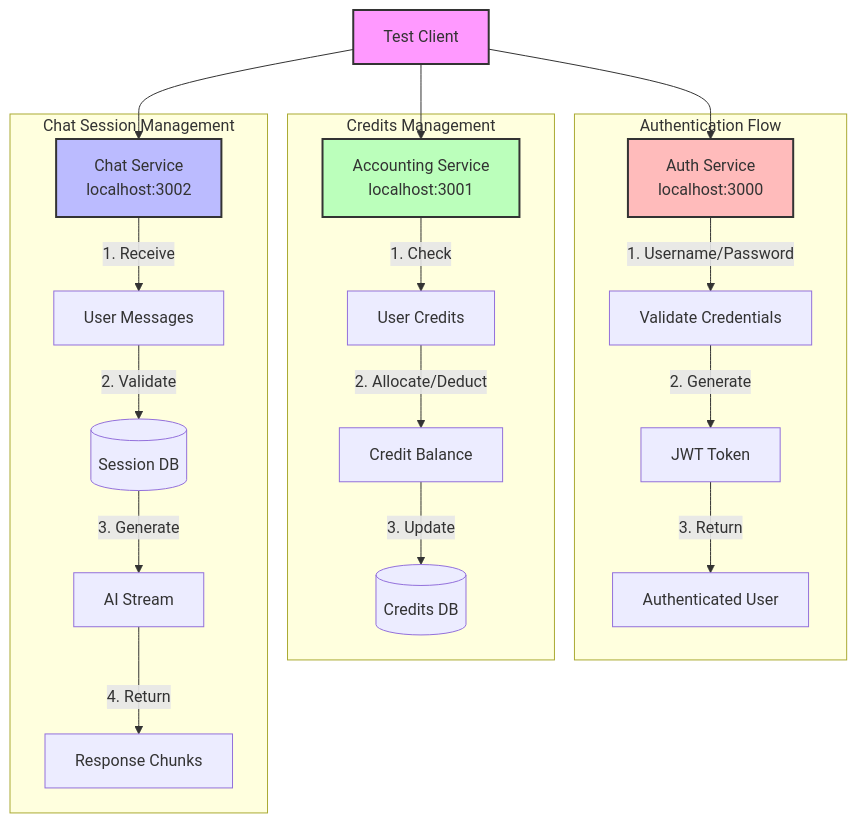
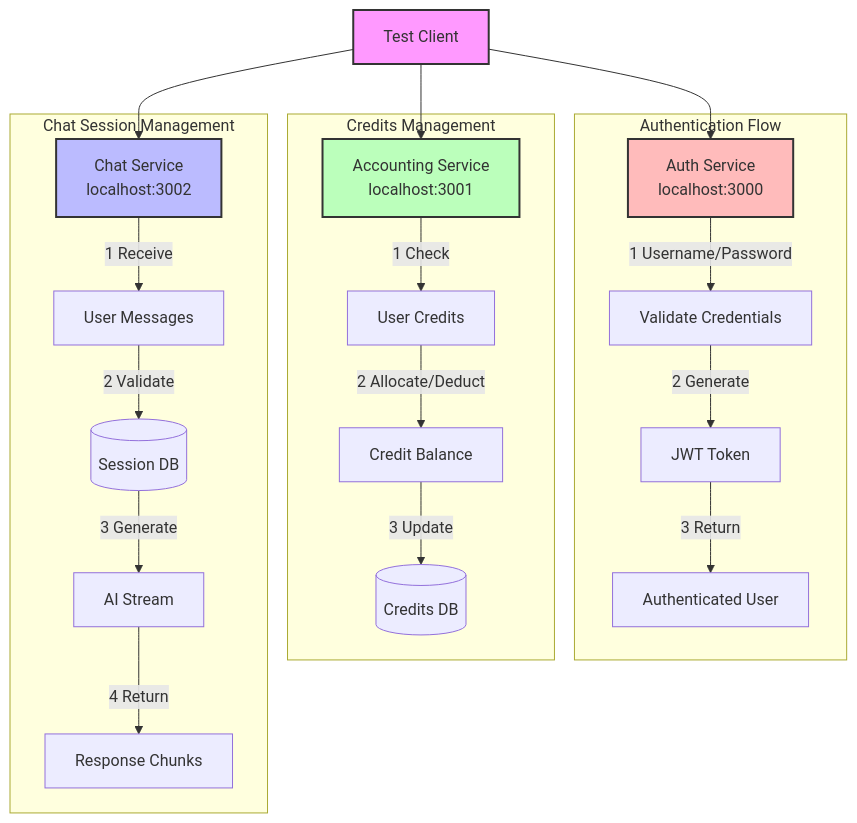
The first of 11 diagrams in services/chat-service/tests/test_streaming_session_id.md (enoch-sit/tool-chatbot-boilerplate), drawn with Mermaid before and after one commit. The commit also changed 12 other files, not shown here.

````diff
--- a/services/chat-service/tests/test_streaming_session_id.md
+++ b/services/chat-service/tests/test_streaming_session_id.md
@@ -15,30 +15,30 @@
 ```mermaid
 graph TD
     Client[Test Client] --> AuthSvc["Auth Service<br>localhost:3000"]
     Client --> AcctSvc["Accounting Service<br>localhost:3001"]
     Client --> ChatSvc["Chat Service<br>localhost:3002"]
     
     subgraph "Authentication Flow"
-        AuthSvc --> |"1. Username/Password"|Validate[Validate Credentials]
-        Validate --> |"2. Generate"|Token[JWT Token]
-        Token --> |"3. Return"|User[Authenticated User]
+        AuthSvc --> |"1 Username/Password"|Validate[Validate Credentials]
+        Validate --> |"2 Generate"|Token[JWT Token]
+        Token --> |"3 Return"|User[Authenticated User]
     end
     
     subgraph "Credits Management"
-        AcctSvc --> |"1. Check"|Credits[User Credits]
-        Credits --> |"2. Allocate/Deduct"|Balance[Credit Balance]
-        Balance --> |"3. Update"|Database[(Credits DB)]
+        AcctSvc --> |"1 Check"|Credits[User Credits]
+        Credits --> |"2 Allocate/Deduct"|Balance[Credit Balance]
+        Balance --> |"3 Update"|Database[(Credits DB)]
     end
     
     subgraph "Chat Session Management"
-        ChatSvc --> |"1. Receive"|Messages[User Messages]
-        Messages --> |"2. Validate"|Sessions[(Session DB)]
-        Sessions --> |"3. Generate"|Stream[AI Stream]
-        Stream --> |"4. Return"|Response[Response Chunks]
+        ChatSvc --> |"1 Receive"|Messages[User Messages]
+        Messages --> |"2 Validate"|Sessions[(Session DB)]
+        Sessions --> |"3 Generate"|Stream[AI Stream]
+        Stream --> |"4 Return"|Response[Response Chunks]
     end
 
     style Client fill:#f9f,stroke:#333,stroke-width:2px
     style ChatSvc fill:#bbf,stroke:#333,stroke-width:2px
     style AuthSvc fill:#fbb,stroke:#333,stroke-width:2px
     style AcctSvc fill:#bfb,stroke:#333,stroke-width:2px
 ```
````
